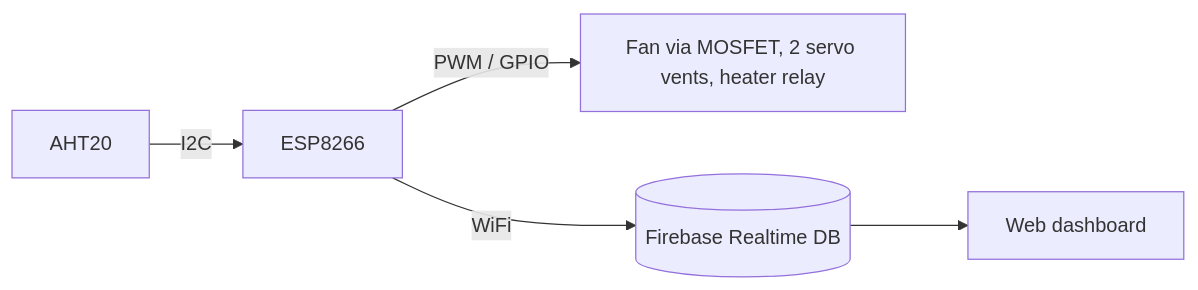
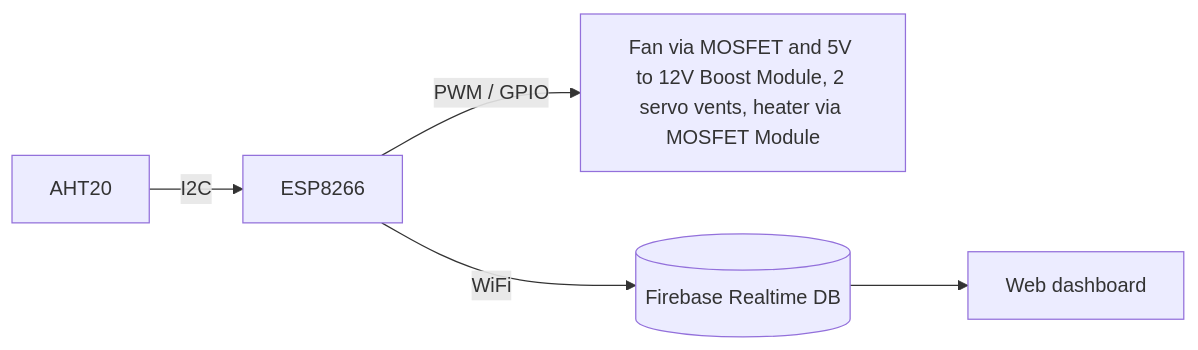
Before and after one commit to Tarnished-B/smart-dry-box-iot: the diagram in README.md, drawn with Mermaid.

````diff
--- a/README.md
+++ b/README.md
@@ -26,7 +26,7 @@
 ```mermaid
 flowchart LR
     S[AHT20] -- I2C --> E[ESP8266]
-    E -- PWM / GPIO --> A[Fan via MOSFET, 2 servo vents, heater relay]
+    E -- PWM / GPIO --> A[Fan via MOSFET and 5V to 12V Boost Module, 2 servo vents, heater via MOSFET Module]
     E -- WiFi --> F[(Firebase Realtime DB)]
     F --> D[Web dashboard]
 ```
````
